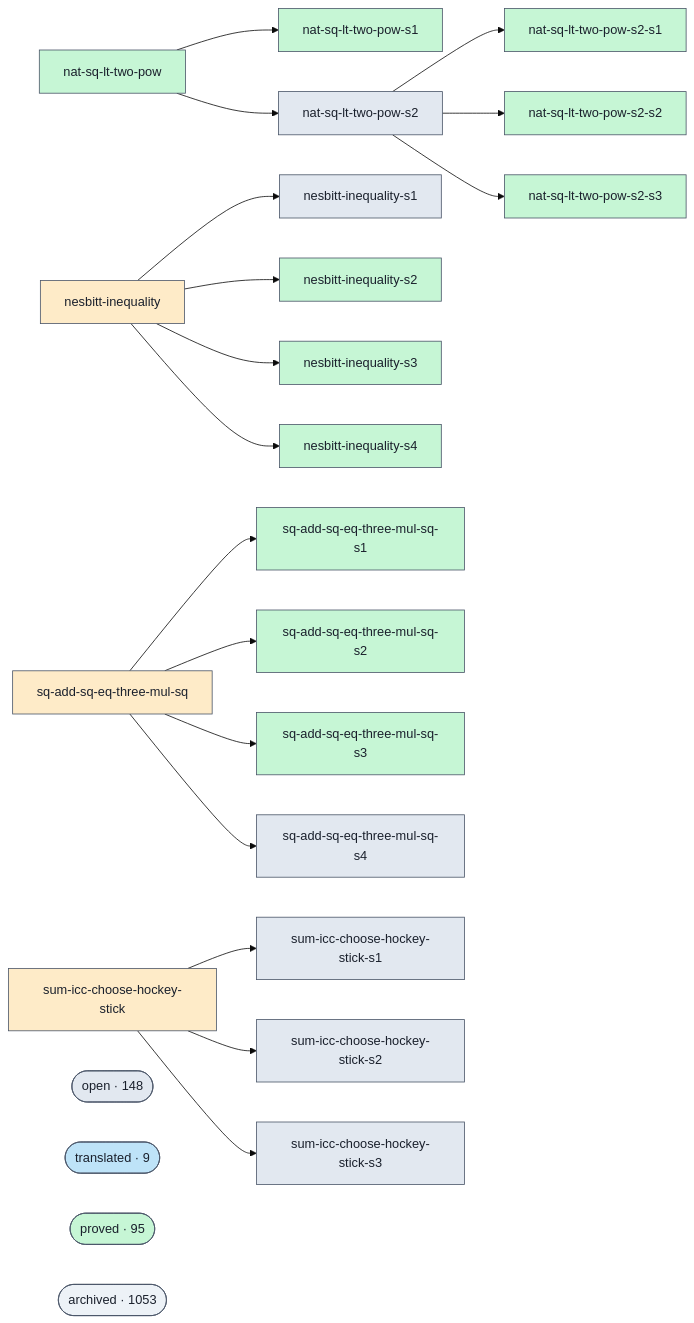
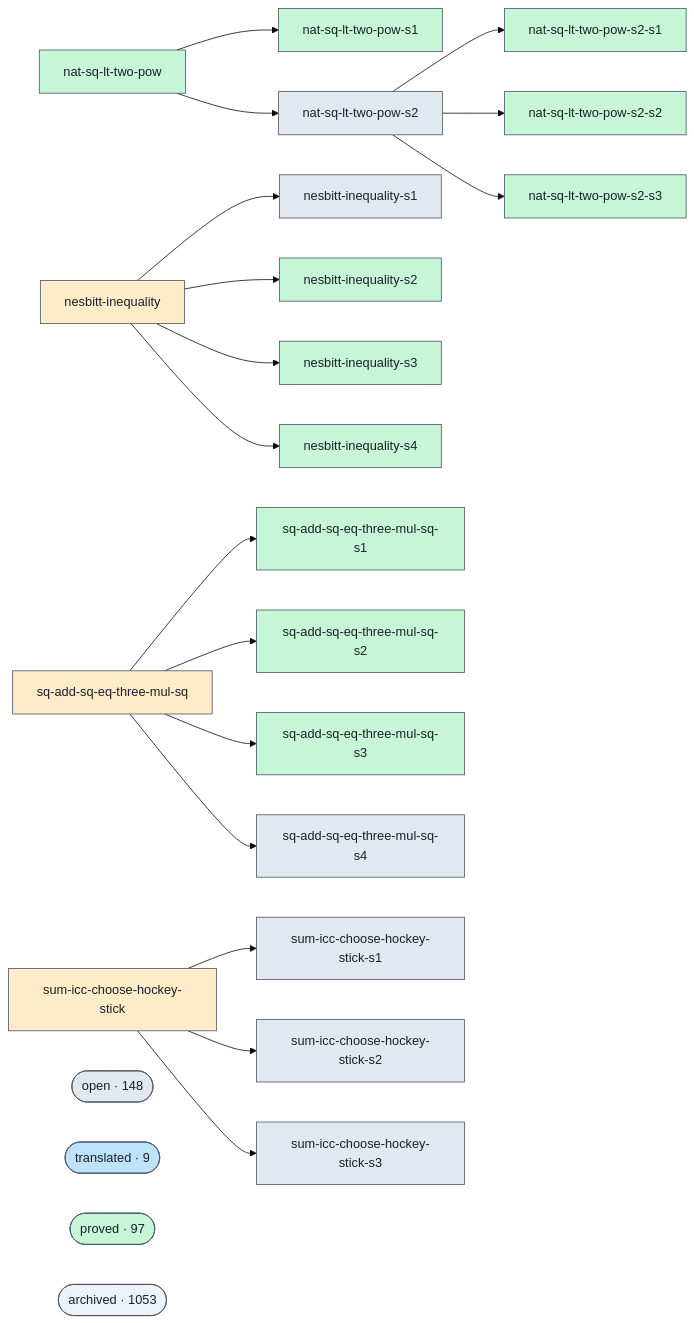
The diagram in docs/proofs-contributors-visualisation.md (ohdearquant/unsorry), drawn with Mermaid (base theme) before and after one commit. The commit also changed other lines of this file and 2 other files, not shown here.

```diff
--- a/docs/proofs-contributors-visualisation.md
+++ b/docs/proofs-contributors-visualisation.md
@@ -102,7 +102,7 @@
   class cluster_open open;
   cluster_translated(["translated · 9"])
   class cluster_translated translated;
-  cluster_proved(["proved · 95"])
+  cluster_proved(["proved · 97"])
   class cluster_proved proved;
   cluster_archived(["archived · 1053"])
   class cluster_archived unknown;
```
